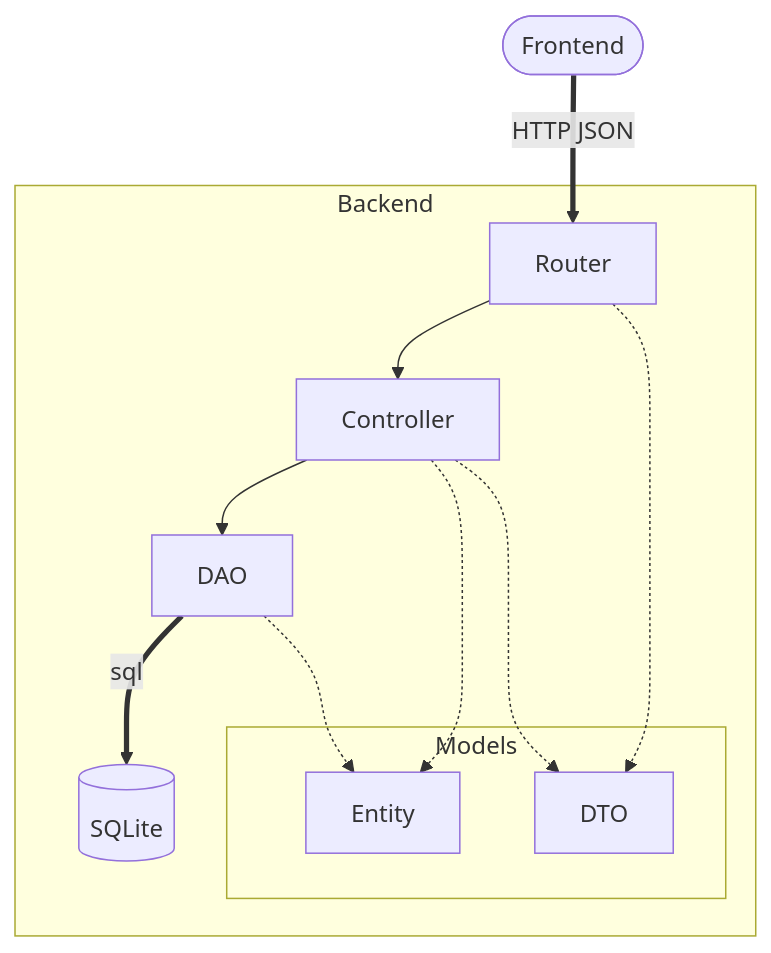
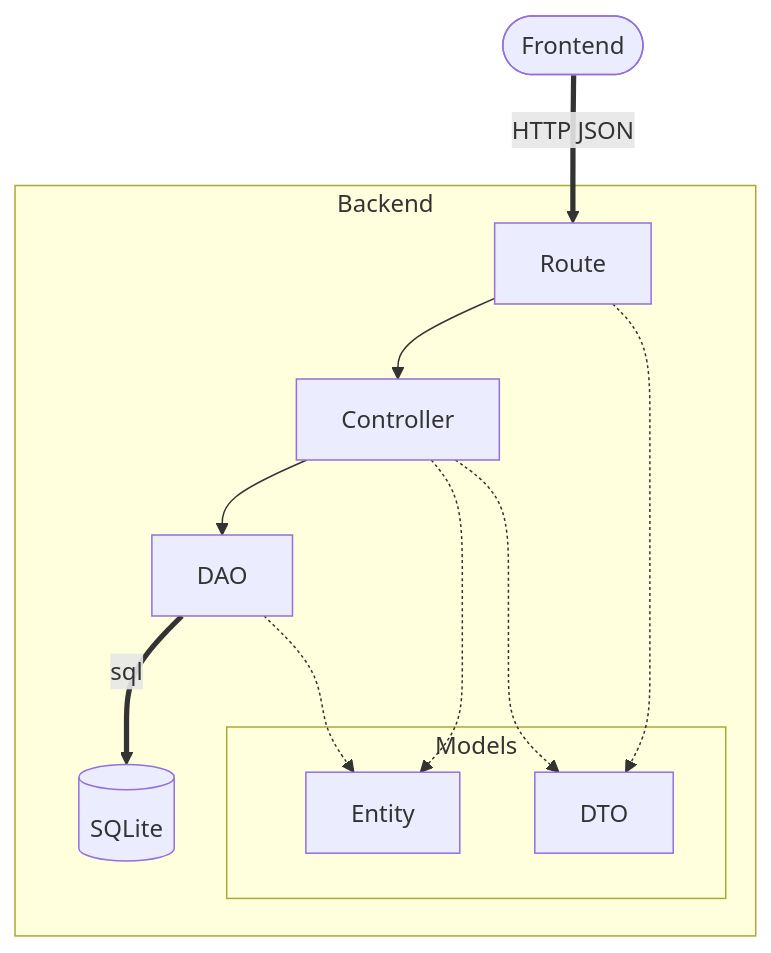
The diagram in docs/architecture.md (SWE2-Group-11/Office-Queue-Management), drawn with Mermaid before and after one commit. The commit also changed other lines of this file and 25 other files, not shown here.

````diff
--- a/docs/architecture.md
+++ b/docs/architecture.md
@@ -3,25 +3,25 @@
 ```mermaid
 flowchart TD
     Client([Frontend])
 
     subgraph Server [Backend]
-        Router[Router]
+        Route[Route]
         Controller[Controller]
         DAO[DAO]
         Database[(SQLite)]
 
         subgraph Models [Models]
             DTO[DTO]
             Entity[Entity]
         end
     end
 
-    Client == "HTTP JSON" ==> Router
-    Router --> Controller
+    Client == "HTTP JSON" ==> Route
+    Route --> Controller
     Controller --> DAO
     DAO == "sql" ==> Database
     Controller -.-> Entity
     DAO -.-> Entity
     Controller -.-> DTO
-    Router -.-> DTO
+    Route -.-> DTO
 ```
````
